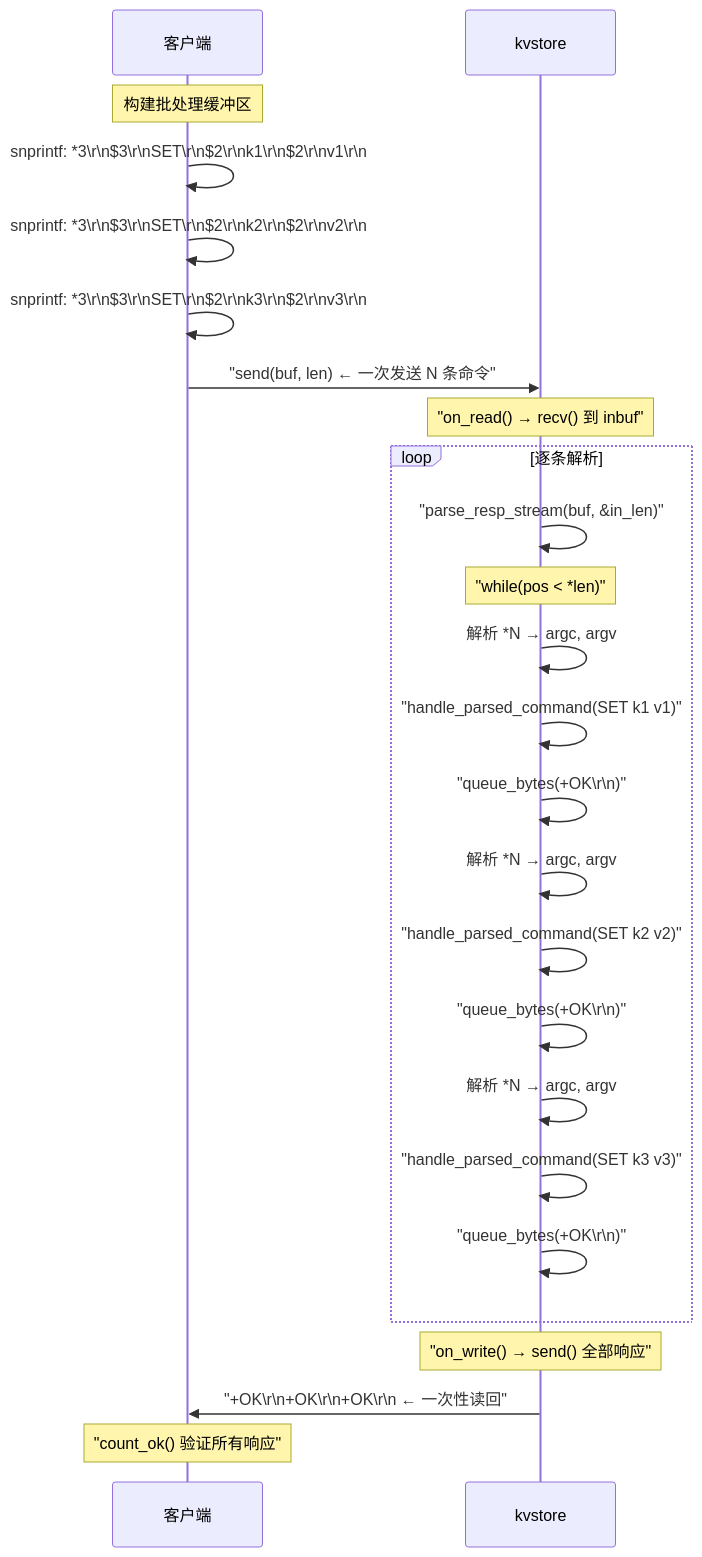
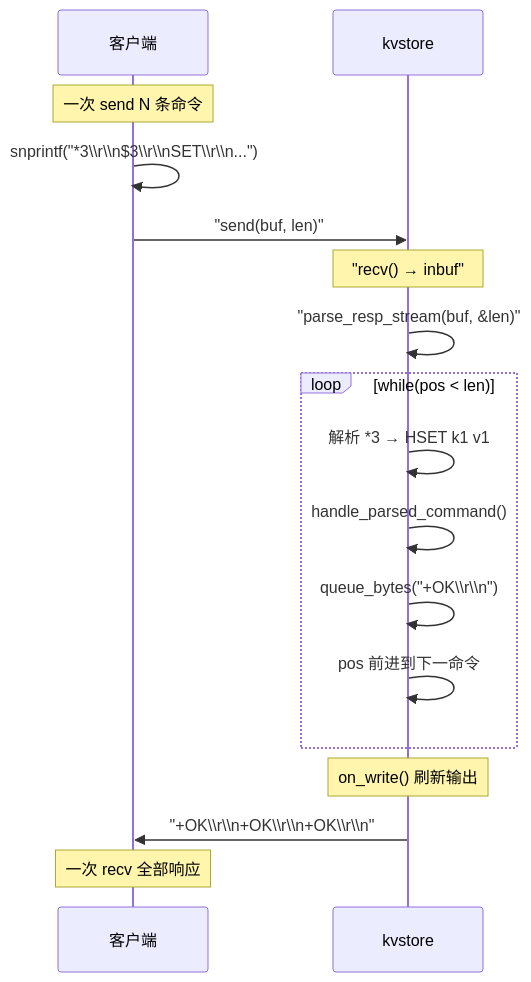
One commit to robotlover-1/kvstore changed the fourth of 14 diagrams in README.md. Above: the diagram before and after it, drawn with Mermaid. The commit also changed other lines of this file, not shown here.

First line of the commit message:
docs: 重写 RESP 协议解析和 PIPELINE 章节

````diff
--- a/README.md
+++ b/README.md
@@ -718,32 +849,23 @@
 ```mermaid
 sequenceDiagram
     participant C as 客户端
     participant K as kvstore
 
-    Note over C: 构建批处理缓冲区
-    C->>C: snprintf: *3\r\n$3\r\nSET\r\n$2\r\nk1\r\n$2\r\nv1\r\n
-    C->>C: snprintf: *3\r\n$3\r\nSET\r\n$2\r\nk2\r\n$2\r\nv2\r\n
-    C->>C: snprintf: *3\r\n$3\r\nSET\r\n$2\r\nk3\r\n$2\r\nv3\r\n
+    Note over C: 一次 send N 条命令
+    C->>C: snprintf("*3\\r\\n$3\\r\\nSET\\r\\n...")
+    C->>K: "send(buf, len)"
 
-    C->>K: "send(buf, len)    ← 一次发送 N 条命令"
-    Note over K: "on_read() → recv() 到 inbuf"
+    Note over K: "recv() → inbuf"
+    K->>K: "parse_resp_stream(buf, &len)"
 
-    loop 逐条解析
-        K->>K: "parse_resp_stream(buf, &in_len)"
-        Note over K: "while(pos < *len)"
-        K->>K: 解析 *N → argc, argv
-        K->>K: "handle_parsed_command(SET k1 v1)"
-        K->>K: "queue_bytes(+OK\r\n)"
-        K->>K: 解析 *N → argc, argv
-        K->>K: "handle_parsed_command(SET k2 v2)"
-        K->>K: "queue_bytes(+OK\r\n)"
-        K->>K: 解析 *N → argc, argv
-        K->>K: "handle_parsed_command(SET k3 v3)"
-        K->>K: "queue_bytes(+OK\r\n)"
+    loop while(pos < len)
+        K->>K: 解析 *3 → HSET k1 v1
+        K->>K: handle_parsed_command()
+        K->>K: queue_bytes("+OK\\r\\n")
+        K->>K: pos 前进到下一命令
     end
 
-    Note over K: "on_write() → send() 全部响应"
-    K->>C: "+OK\r\n+OK\r\n+OK\r\n    ← 一次性读回"
-
-    Note over C: "count_ok() 验证所有响应"
+    Note over K: on_write() 刷新输出
+    K->>C: "+OK\\r\\n+OK\\r\\n+OK\\r\\n"
+    Note over C: 一次 recv 全部响应
 ```
````
